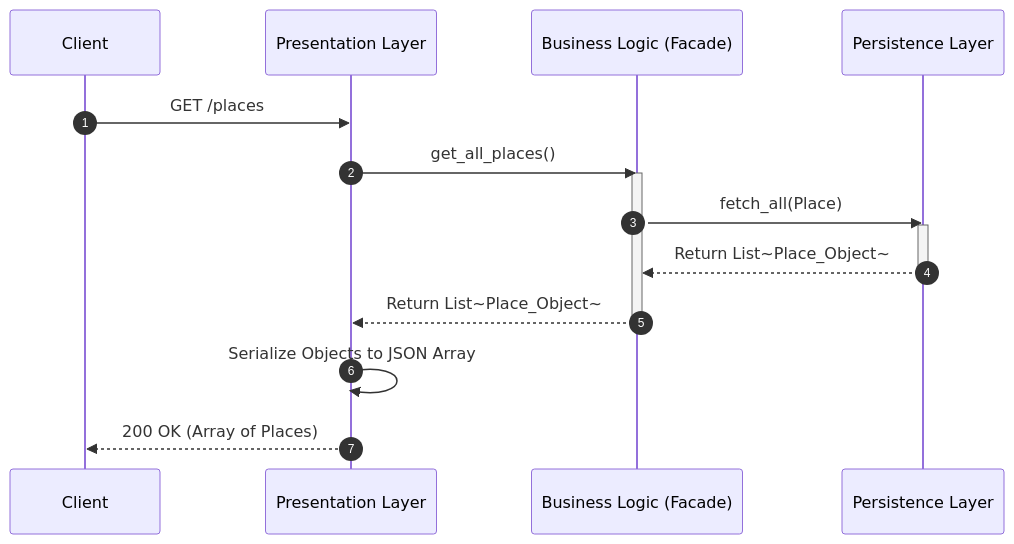
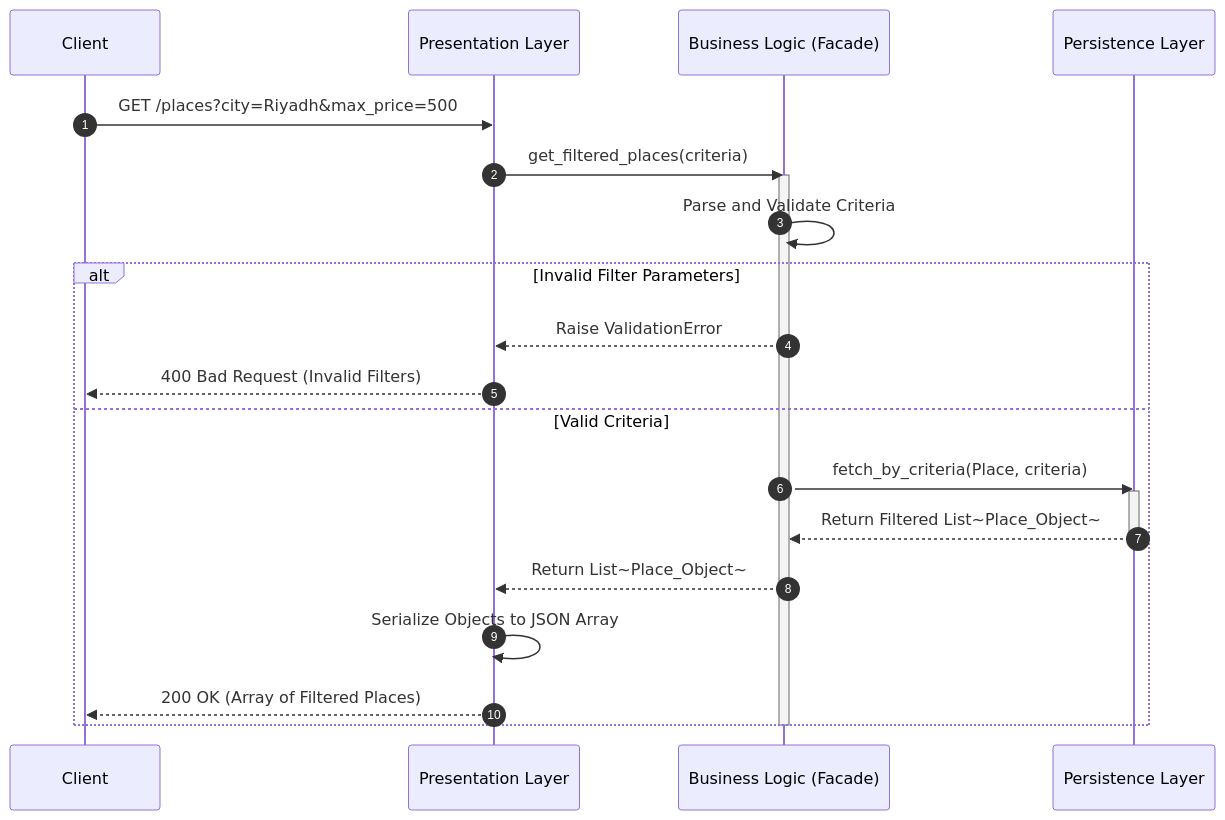
Before and after one commit to oceex/holbertonschool-hbnb: the sixth of 6 diagrams in part1/README.md, drawn with Mermaid. The commit also changed other lines of this file, not shown here.

First line of the commit message:
fix: update part1/README.md to address all reviewer feedback regarding architecture, entities, and error flows

````diff
--- a/part1/README.md
+++ b/part1/README.md
@@ -269,21 +312,28 @@
 ```mermaid
 sequenceDiagram
     autonumber
     participant Client
     participant API as Presentation Layer
     participant Facade as Business Logic (Facade)
     participant DB as Persistence Layer
 
-    Client->>API: GET /places
-    API->>Facade: get_all_places()
+    Client->>API: GET /places?city=Riyadh&max_price=500
+    API->>Facade: get_filtered_places(criteria)
     activate Facade
-    Facade->>DB: fetch_all(Place)
-    activate DB
-    DB-->>Facade: Return List~Place_Object~
-    deactivate DB
-    Facade-->>API: Return List~Place_Object~
+    Facade->>Facade: Parse and Validate Criteria
+    
+    alt Invalid Filter Parameters
+        Facade-->>API: Raise ValidationError
+        API-->>Client: 400 Bad Request (Invalid Filters)
+    else Valid Criteria
+        Facade->>DB: fetch_by_criteria(Place, criteria)
+        activate DB
+        DB-->>Facade: Return Filtered List~Place_Object~
+        deactivate DB
+        Facade-->>API: Return List~Place_Object~
+        API->>API: Serialize Objects to JSON Array
+        API-->>Client: 200 OK (Array of Filtered Places)
+    end
     deactivate Facade
-    API->>API: Serialize Objects to JSON Array
-    API-->>Client: 200 OK (Array of Places)
 
 ```
````
